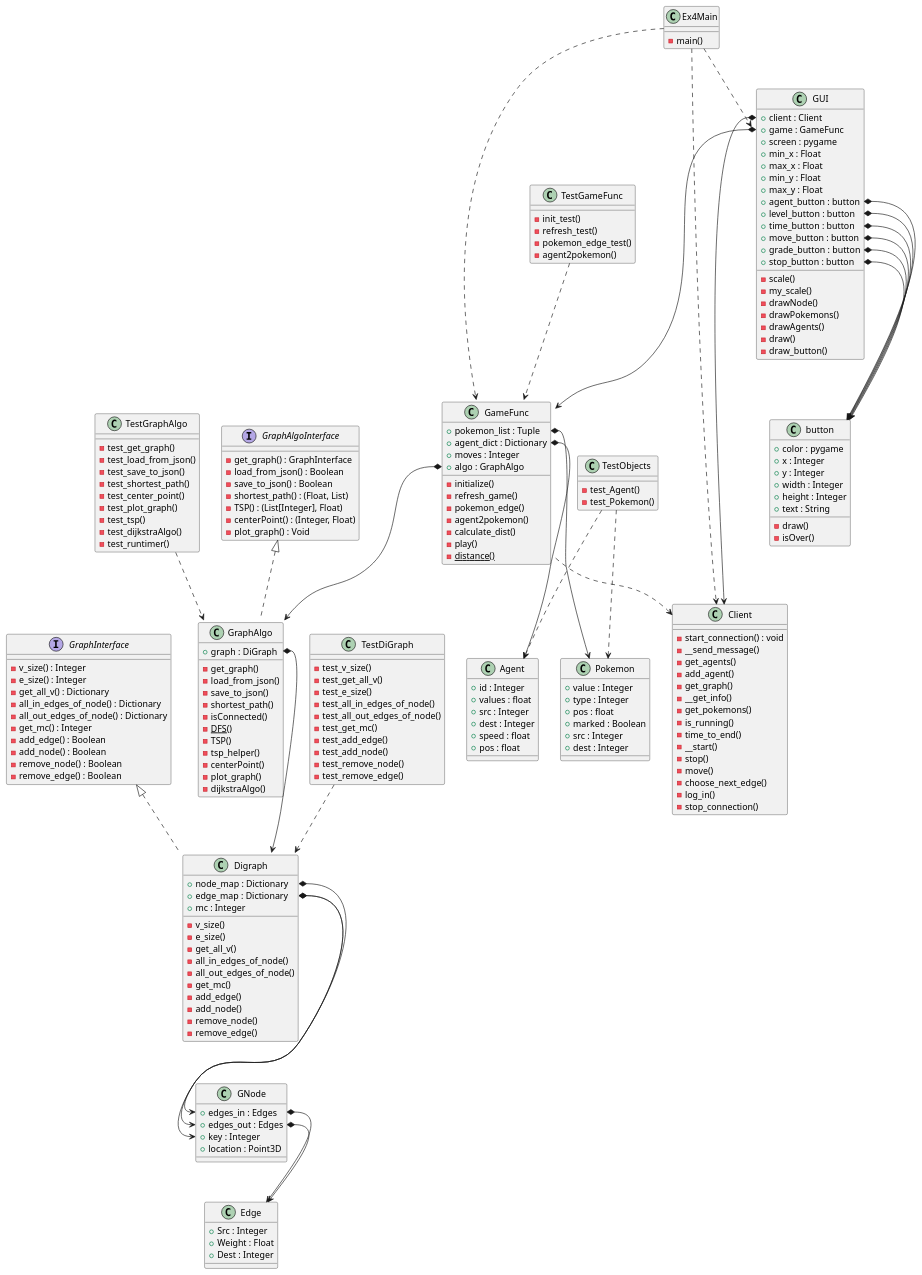
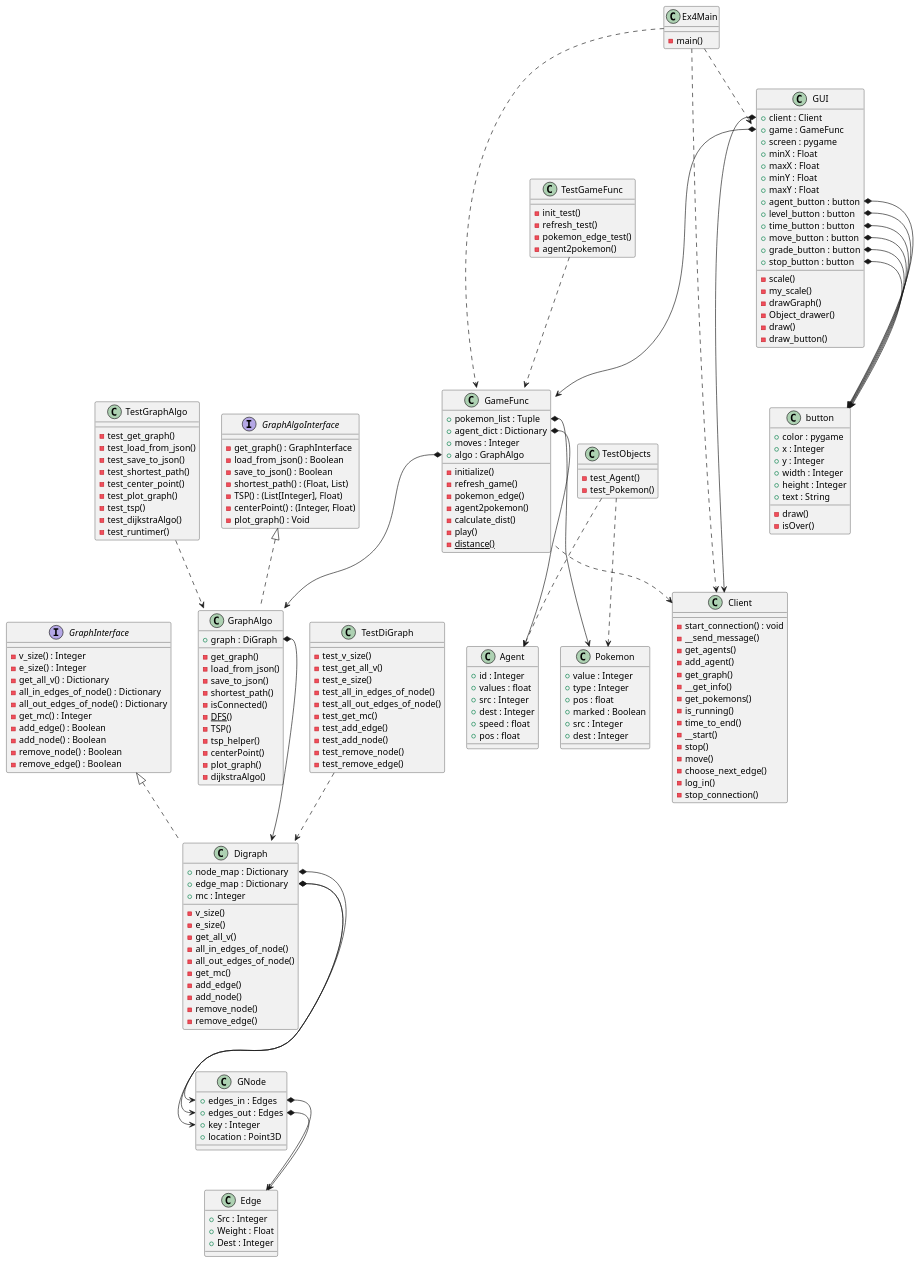
Before and after one commit to Arieh-code/OOP-Ex4: the diagram in Diagram.puml, drawn with PlantUML. The commit also changed 2 other files, not shown here.

```diff
--- a/Diagram.puml
+++ b/Diagram.puml
@@ -161,10 +161,10 @@
 +client : Client
 +game : GameFunc
 +screen : pygame
-+min_x : Float
-+max_x : Float
-+min_y : Float
-+max_y : Float
++minX : Float
++maxX : Float
++minY : Float
++maxY : Float
 +agent_button : button
 +level_button : button
 +time_button : button
@@ -173,9 +173,8 @@
 +stop_button : button
 -scale()
 -my_scale()
--drawNode()
--drawPokemons()
--drawAgents()
+-drawGraph()
+-Object_drawer()
 -draw()
 -draw_button()
 
```
